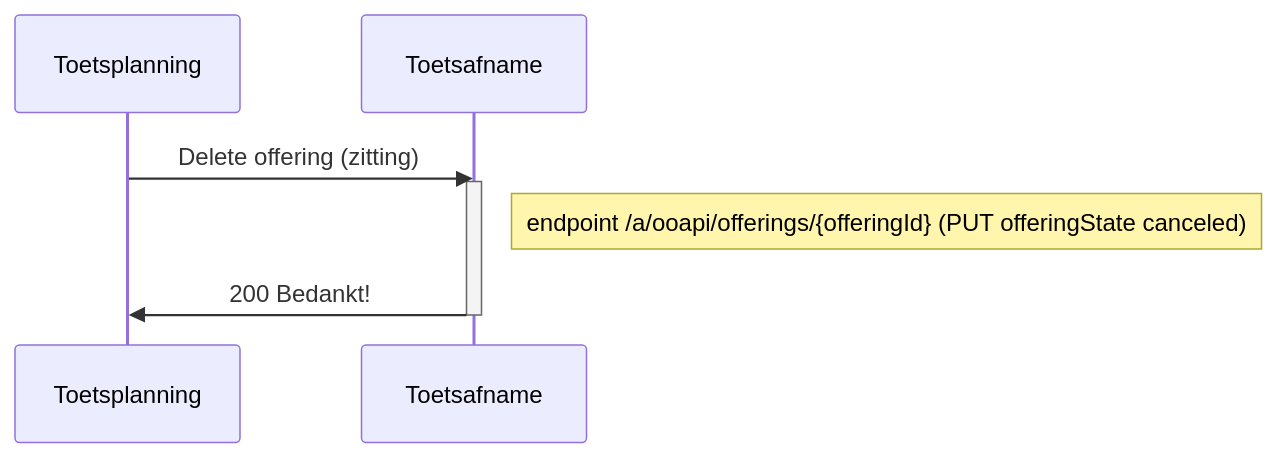
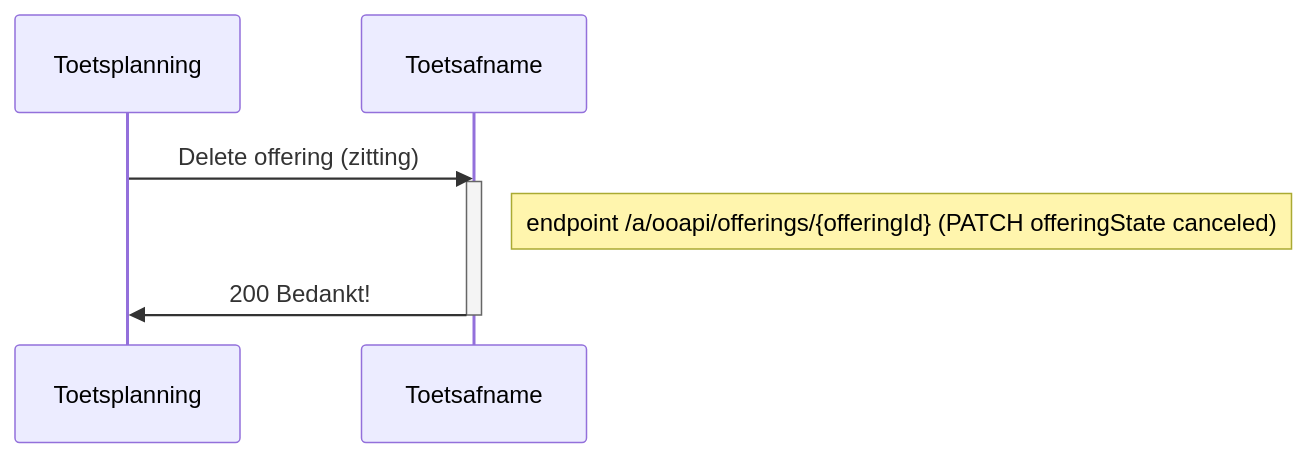
The eighth of 10 diagrams in doc/flow2.md (NetwerkExamineringDigitalisering/NED-OOAPI), drawn with Mermaid before and after one commit. The commit also changed 1 other file, not shown here.

Commit message:
update sequencie diagrams

````diff
--- a/doc/flow2.md
+++ b/doc/flow2.md
@@ -374,8 +374,8 @@
 ```mermaid
 sequenceDiagram
     Toetsplanning->>Toetsafname: Delete offering (zitting)
     activate Toetsafname
-    Note right of Toetsafname: endpoint /a/ooapi/offerings/{offeringId} (PUT offeringState canceled)
+    Note right of Toetsafname: endpoint /a/ooapi/offerings/{offeringId} (PATCH offeringState canceled)
     Toetsafname->>Toetsplanning: 200 Bedankt!
     deactivate Toetsafname
 ```
````
